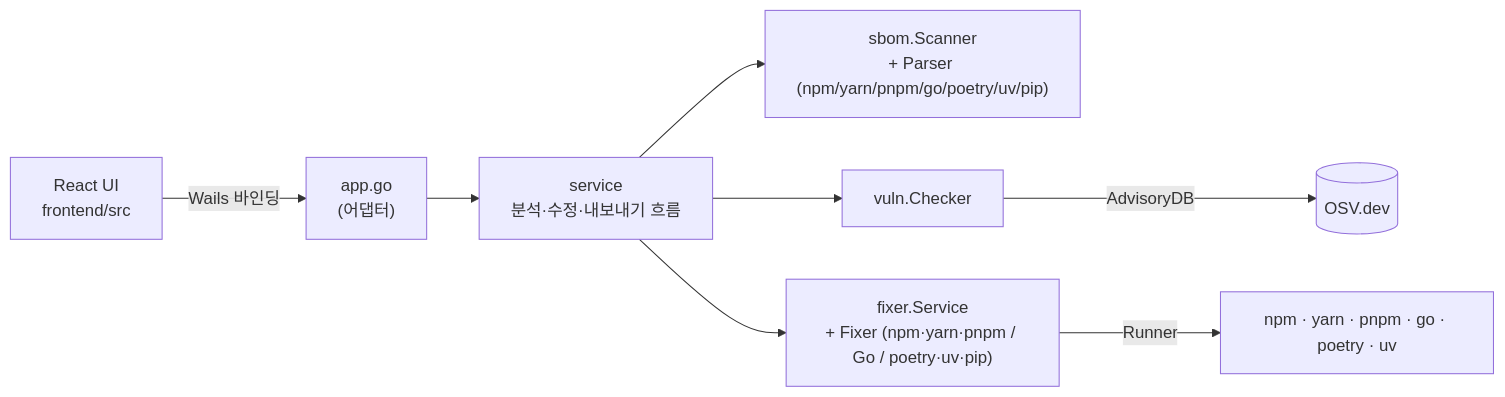
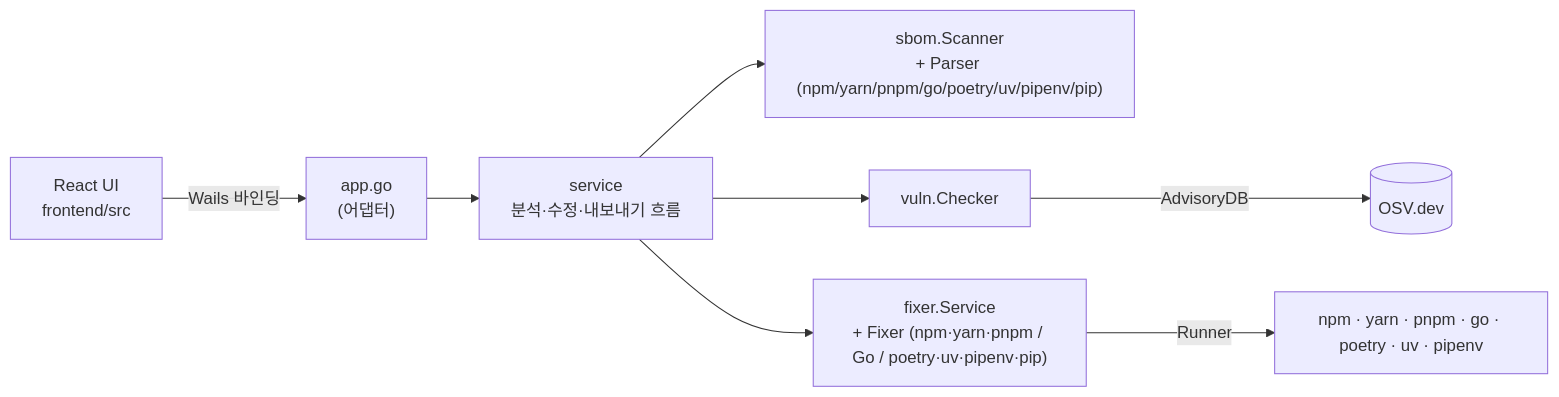
The diagram in README.md (dbsgur/sbom-fixer), drawn with Mermaid before and after one commit. The commit also changed other lines of this file, not shown here.

First line of the commit message:
docs: Pipfile.lock(pipenv) 지원 범위와 수정 방식 문서화

````diff
--- a/README.md
+++ b/README.md
@@ -310,10 +314,10 @@
 ```mermaid
 flowchart LR
   UI["React UI<br/>frontend/src"] -- Wails 바인딩 --> App["app.go<br/>(어댑터)"]
   App --> S["service<br/>분석·수정·내보내기 흐름"]
-  S --> SC["sbom.Scanner<br/>+ Parser (npm/yarn/pnpm/go/poetry/uv/pip)"]
+  S --> SC["sbom.Scanner<br/>+ Parser (npm/yarn/pnpm/go/poetry/uv/pipenv/pip)"]
   S --> CH["vuln.Checker"]
   CH -- AdvisoryDB --> OSV[("OSV.dev")]
-  S --> FX["fixer.Service<br/>+ Fixer (npm·yarn·pnpm / Go / poetry·uv·pip)"]
-  FX -- Runner --> PM["npm · yarn · pnpm · go · poetry · uv"]
+  S --> FX["fixer.Service<br/>+ Fixer (npm·yarn·pnpm / Go / poetry·uv·pipenv·pip)"]
+  FX -- Runner --> PM["npm · yarn · pnpm · go · poetry · uv · pipenv"]
 ```
````
